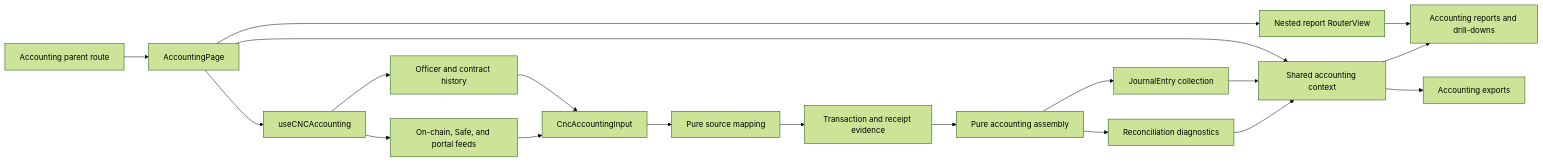
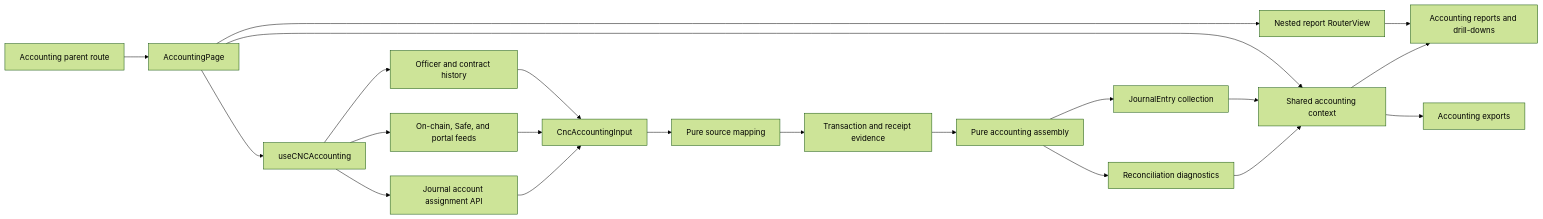
Before and after one commit to globe-and-citizen/cnc-portal: the first of 5 diagrams in docs/implementation/accounting-read-model/README.md, drawn with Mermaid (forest theme). The commit also changed other lines of this file and 10 other files, not shown here.

Commit message:
docs: 📝 document journal account assignments

````diff
--- a/docs/implementation/accounting-read-model/README.md
+++ b/docs/implementation/accounting-read-model/README.md
@@ -18,21 +18,23 @@
 ```mermaid
 flowchart LR
     route[Accounting parent route] --> page[AccountingPage]
     page --> context[Shared accounting context]
     page --> dataLayer[useCNCAccounting]
     page --> outlet[Nested report RouterView]
     dataLayer --> history[Officer and contract history]
     dataLayer --> feeds[On-chain, Safe, and portal feeds]
+    dataLayer --> assignments[Journal account assignment API]
     history --> input[CncAccountingInput]
     feeds --> input
+    assignments --> input
     input --> mapped[Pure source mapping]
     mapped --> evidence[Transaction and receipt evidence]
     evidence --> assembly[Pure accounting assembly]
     assembly --> journal[JournalEntry collection]
     assembly --> diagnostics[Reconciliation diagnostics]
     journal --> context
     diagnostics --> context
     outlet --> reports[Accounting reports and drill-downs]
     context --> reports
     context --> exports[Accounting exports]
 ```
````
